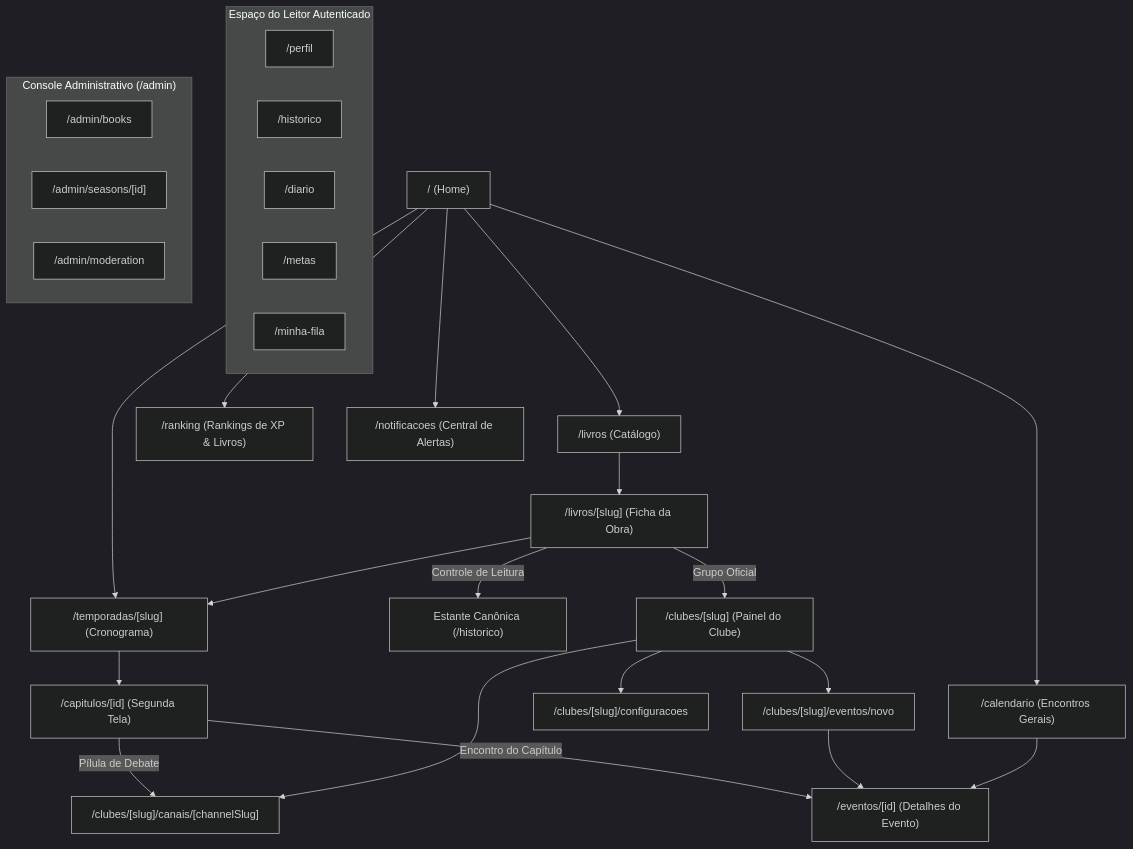
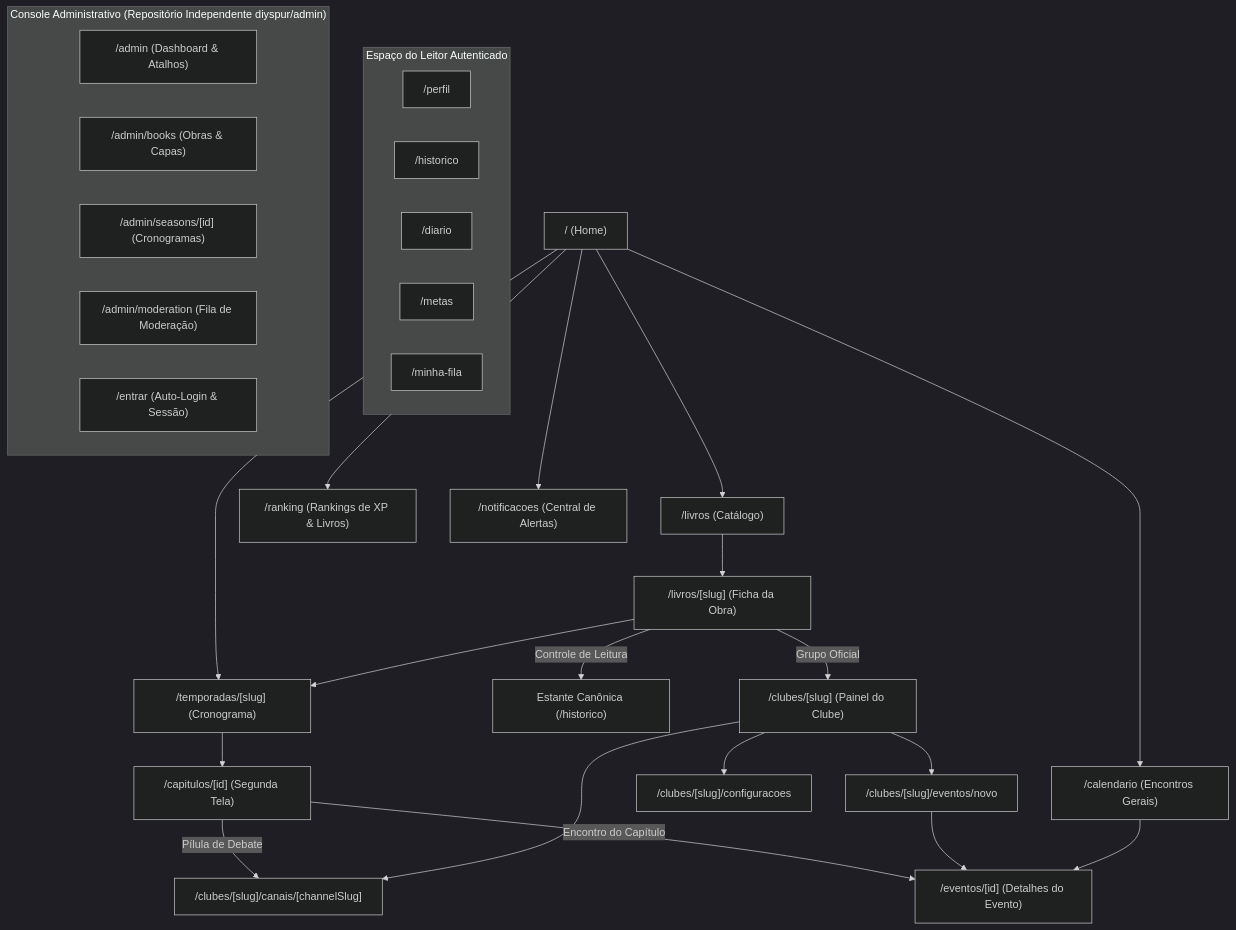
The diagram in 03 - Fluxos e Telas/03 - Jornada do Usuario e Fluxo de Telas.md (diyspur/docs), drawn with Mermaid (dark theme) before and after one commit. The commit also changed other lines of this file and 11 other files, not shown here.

Commit message:
docs: document admin separation into diyspur/admin project

````diff
--- a/03 - Fluxos e Telas/03 - Jornada do Usuario e Fluxo de Telas.md
+++ b/03 - Fluxos e Telas/03 - Jornada do Usuario e Fluxo de Telas.md
@@ -13,37 +13,39 @@
 ```mermaid
 flowchart TD
     HOME["/ (Home)"] --> LIVROS["/livros (Catálogo)"]
     HOME --> TEMP["/temporadas/[slug] (Cronograma)"]
     HOME --> CALENDARIO["/calendario (Encontros Gerais)"]
     HOME --> RANKING["/ranking (Rankings de XP & Livros)"]
     HOME --> NOTIF["/notificacoes (Central de Alertas)"]
     
     LIVROS --> LIVRO_DET["/livros/[slug] (Ficha da Obra)"]
     LIVRO_DET -->|Controle de Leitura| ESTANTE["Estante Canônica (/historico)"]
     LIVRO_DET -->|Grupo Oficial| CLUBE_DET["/clubes/[slug] (Painel do Clube)"]
     LIVRO_DET --> TEMP
     
     TEMP --> CAP["/capitulos/[id] (Segunda Tela)"]
     CAP -->|Pílula de Debate| CHAT["/clubes/[slug]/canais/[channelSlug]"]
     CAP -->|Encontro do Capítulo| EVENTO["/eventos/[id] (Detalhes do Evento)"]
     
     CLUBE_DET --> CHAT
     CLUBE_DET --> CLUBE_CONF["/clubes/[slug]/configuracoes"]
     CLUBE_DET --> CLUBE_NOVO_EVT["/clubes/[slug]/eventos/novo"]
     CLUBE_NOVO_EVT --> EVENTO
     CALENDARIO --> EVENTO
     
     subgraph EspacoPessoal ["Espaço do Leitor Autenticado"]
         PERFIL["/perfil"]
         HISTORICO["/historico"]
         DIARIO["/diario"]
         METAS["/metas"]
         FILA["/minha-fila"]
     end
     
-    subgraph ConsoleAdmin ["Console Administrativo (/admin)"]
-        ADMIN_BOOKS["/admin/books"]
-        ADMIN_SEASONS["/admin/seasons/[id]"]
-        ADMIN_MOD["/admin/moderation"]
+    subgraph ConsoleAdmin ["Console Administrativo (Repositório Independente diyspur/admin)"]
+        ADMIN_DASH["/admin (Dashboard & Atalhos)"]
+        ADMIN_BOOKS["/admin/books (Obras & Capas)"]
+        ADMIN_SEASONS["/admin/seasons/[id] (Cronogramas)"]
+        ADMIN_MOD["/admin/moderation (Fila de Moderação)"]
+        ADMIN_AUTH["/entrar (Auto-Login & Sessão)"]
     end
 ```
````
